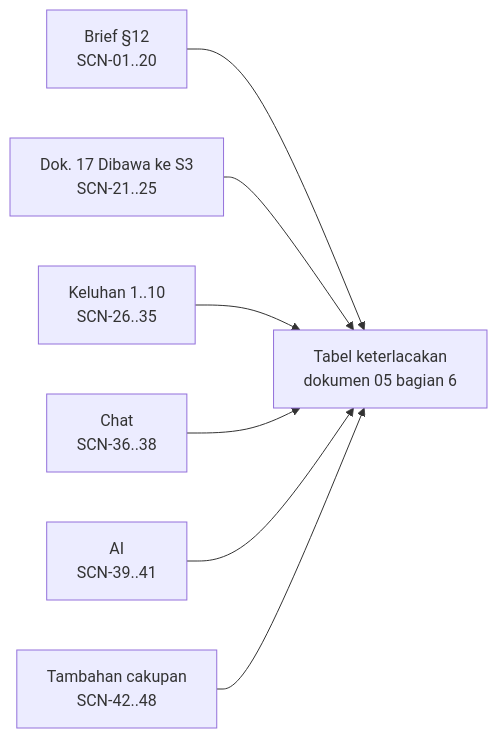
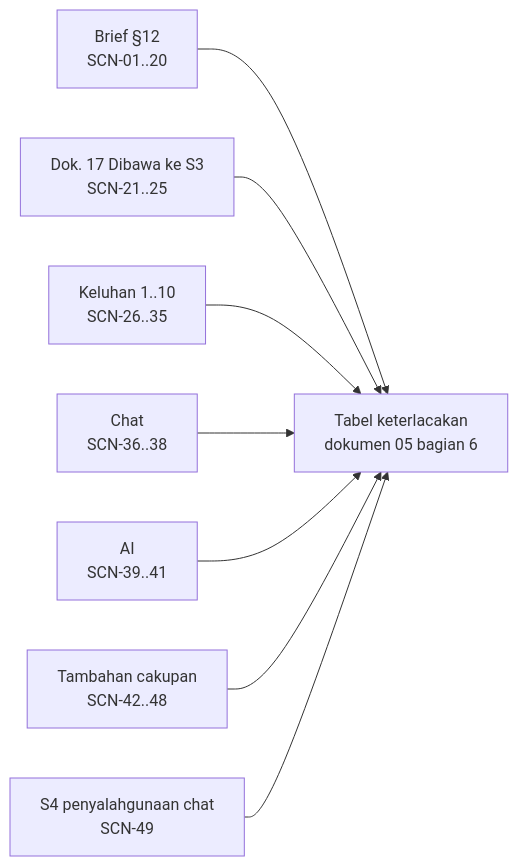
Before and after one commit to abiyanzimran/casa: the first of 2 diagrams in docs/12-scenarios.md, drawn with Mermaid. The commit also changed other lines of this file and 47 other files, not shown here.

First line of the commit message:
Complete stage S4: experience and architecture

````diff
--- a/docs/12-scenarios.md
+++ b/docs/12-scenarios.md
@@ -80,9 +81,10 @@
 ```mermaid
 flowchart LR
     B[Brief §12<br/>SCN-01..20] --> T[Tabel keterlacakan<br/>dokumen 05 bagian 6]
     D[Dok. 17 Dibawa ke S3<br/>SCN-21..25] --> T
     K[Keluhan 1..10<br/>SCN-26..35] --> T
     C[Chat<br/>SCN-36..38] --> T
     A[AI<br/>SCN-39..41] --> T
     X[Tambahan cakupan<br/>SCN-42..48] --> T
+    S[S4 penyalahgunaan chat<br/>SCN-49] --> T
 ```
````
